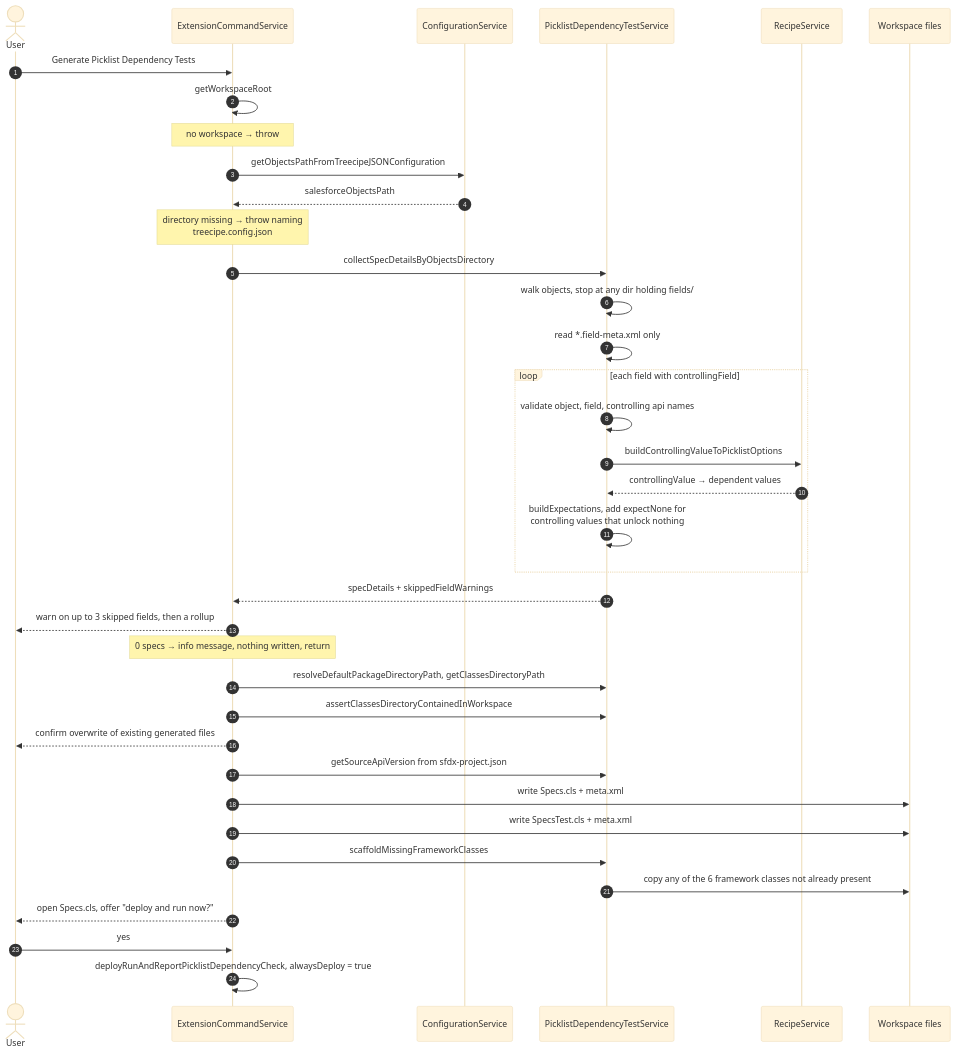
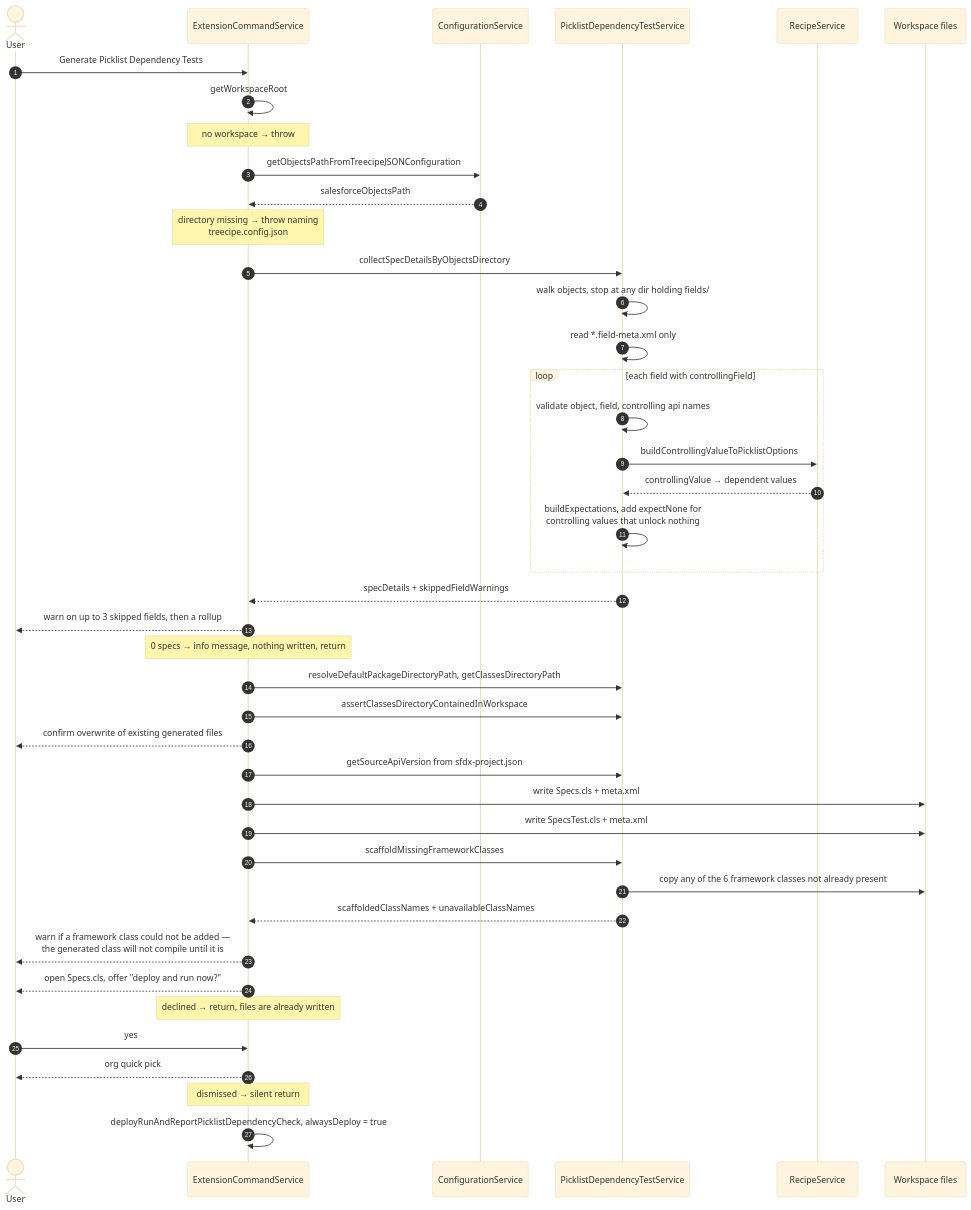
The fourth of 8 diagrams in scripts/picklist-dependency-demo/PICKLIST-DEPENDENCY-FLOW.md (jdschleicher/Salesforce-Data-Treecipe), drawn with Mermaid (base theme) before and after one commit. The commit also changed other lines of this file, not shown here.

First line of the commit message:
docs: correct diagram inaccuracies found in review

````diff
--- a/scripts/picklist-dependency-demo/PICKLIST-DEPENDENCY-FLOW.md
+++ b/scripts/picklist-dependency-demo/PICKLIST-DEPENDENCY-FLOW.md
@@ -126,43 +128,48 @@
 ```mermaid
 sequenceDiagram
     autonumber
     actor User
     participant Cmd as ExtensionCommandService
     participant Config as ConfigurationService
     participant Gen as PicklistDependencyTestService
     participant Recipe as RecipeService
     participant Disk as Workspace files
 
     User->>Cmd: Generate Picklist Dependency Tests
     Cmd->>Cmd: getWorkspaceRoot
     Note over Cmd: no workspace → throw
     Cmd->>Config: getObjectsPathFromTreecipeJSONConfiguration
     Config-->>Cmd: salesforceObjectsPath
     Note over Cmd: directory missing → throw naming<br/>treecipe.config.json
 
     Cmd->>Gen: collectSpecDetailsByObjectsDirectory
     Gen->>Gen: walk objects, stop at any dir holding fields/
     Gen->>Gen: read *.field-meta.xml only
     loop each field with controllingField
         Gen->>Gen: validate object, field, controlling api names
         Gen->>Recipe: buildControllingValueToPicklistOptions
         Recipe-->>Gen: controllingValue → dependent values
         Gen->>Gen: buildExpectations, add expectNone for<br/>controlling values that unlock nothing
     end
     Gen-->>Cmd: specDetails + skippedFieldWarnings
 
     Cmd-->>User: warn on up to 3 skipped fields, then a rollup
     Note over Cmd: 0 specs → info message, nothing written, return
 
     Cmd->>Gen: resolveDefaultPackageDirectoryPath, getClassesDirectoryPath
     Cmd->>Gen: assertClassesDirectoryContainedInWorkspace
     Cmd-->>User: confirm overwrite of existing generated files
     Cmd->>Gen: getSourceApiVersion from sfdx-project.json
     Cmd->>Disk: write Specs.cls + meta.xml
     Cmd->>Disk: write SpecsTest.cls + meta.xml
     Cmd->>Gen: scaffoldMissingFrameworkClasses
     Gen->>Disk: copy any of the 6 framework classes not already present
+    Gen-->>Cmd: scaffoldedClassNames + unavailableClassNames
+    Cmd-->>User: warn if a framework class could not be added —<br/>the generated class will not compile until it is
     Cmd-->>User: open Specs.cls, offer "deploy and run now?"
+    Note over Cmd: declined → return, files are already written
     User->>Cmd: yes
+    Cmd-->>User: org quick pick
+    Note over Cmd: dismissed → silent return
     Cmd->>Cmd: deployRunAndReportPicklistDependencyCheck, alwaysDeploy = true
 ```
````
